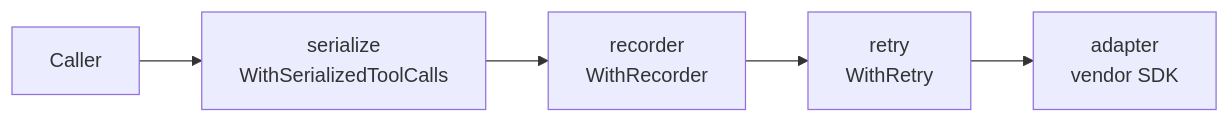
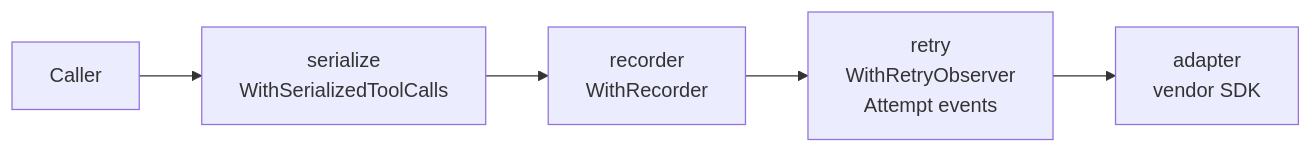
One commit to dpoage/llmkit changed the diagram in docs/providers.md. Above: the diagram before and after it, drawn with Mermaid. The commit also changed other lines of this file and 10 other files, not shown here.

````diff
--- a/docs/providers.md
+++ b/docs/providers.md
@@ -100,4 +100,4 @@
 ```mermaid
 flowchart LR
-    C[Caller] --> S[serialize<br/>WithSerializedToolCalls] --> R[recorder<br/>WithRecorder] --> T[retry<br/>WithRetry] --> A[adapter<br/>vendor SDK]
+    C[Caller] --> S[serialize<br/>WithSerializedToolCalls] --> R[recorder<br/>WithRecorder] --> T[retry<br/>WithRetryObserver<br/>Attempt events] --> A[adapter<br/>vendor SDK]
 ```
````
